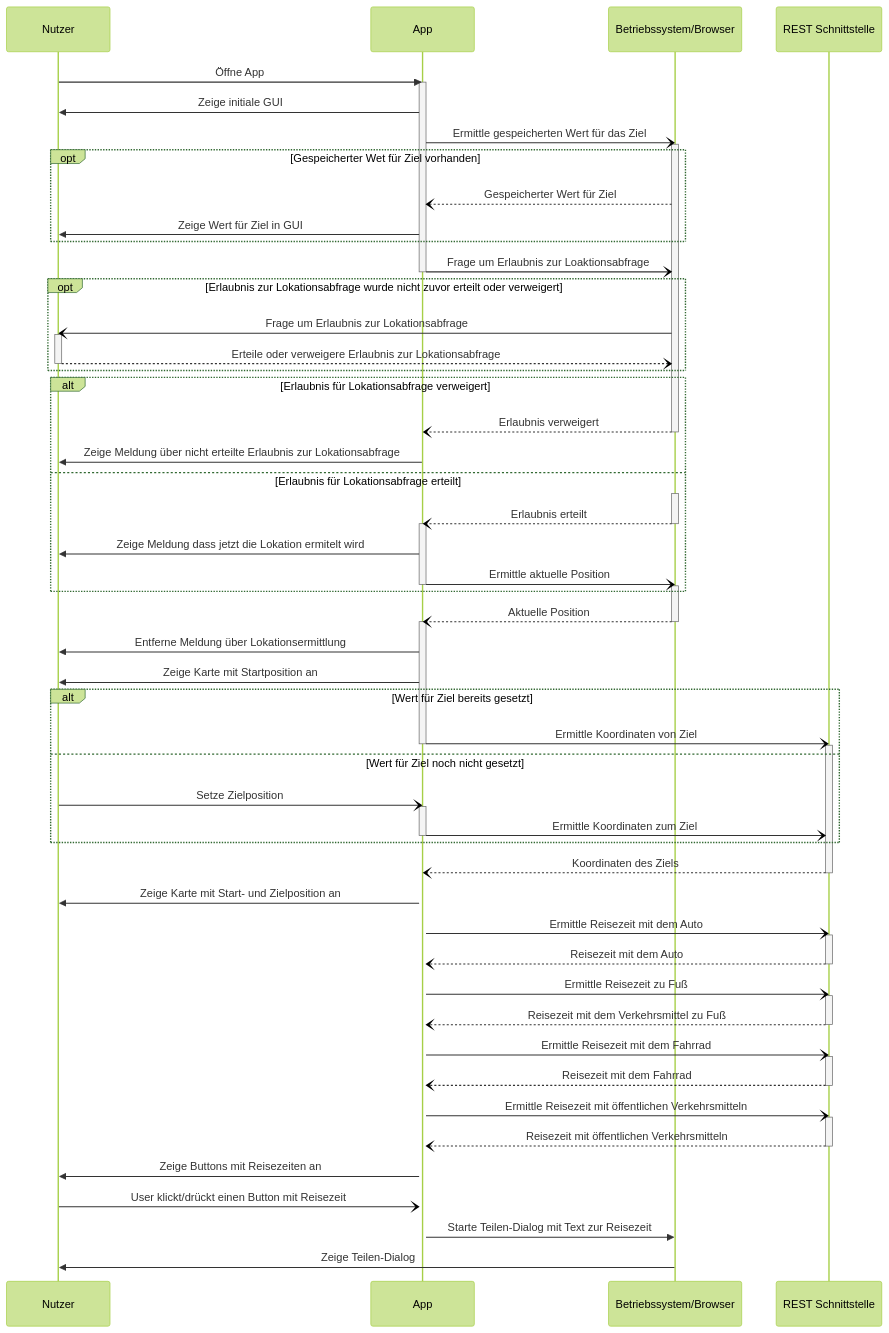
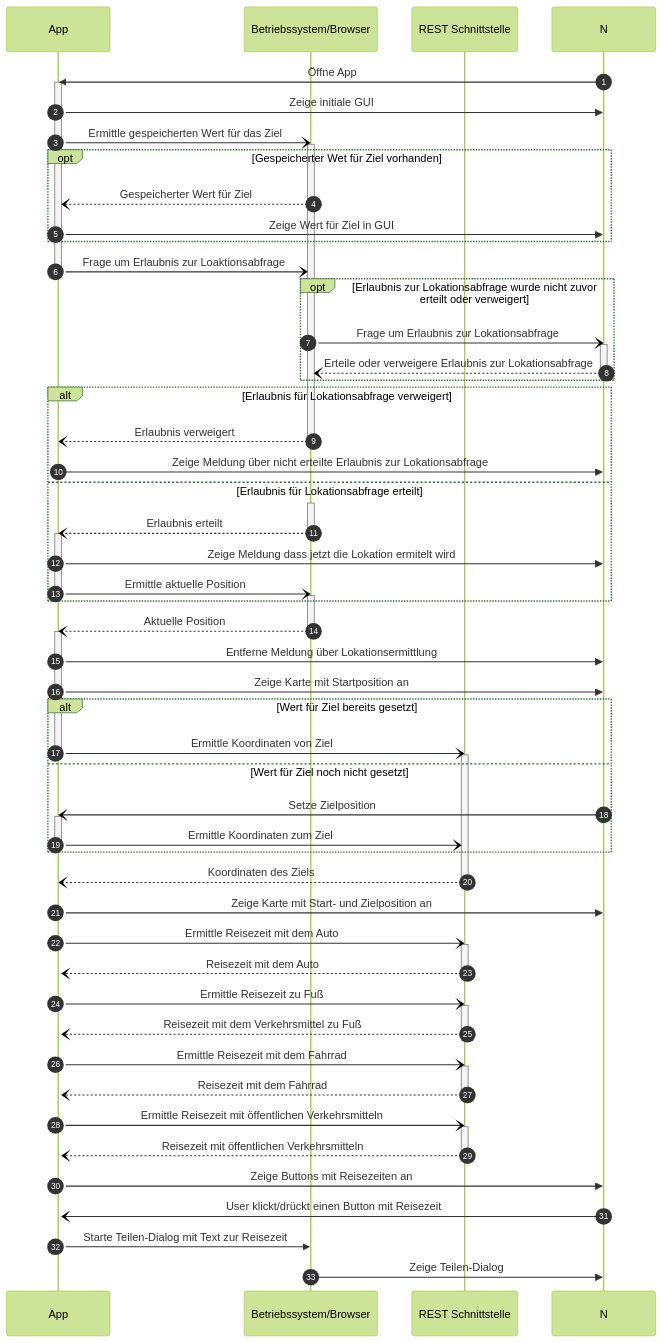
Before and after one commit to BeneKenobi/take-me-home: the diagram in docs/prozess_detailliert.mmd, drawn with Mermaid (forest theme).

Commit message:
docs: 📝 use numbering in prozess_detailliert

```diff
--- a/docs/prozess_detailliert.mmd
+++ b/docs/prozess_detailliert.mmd
@@ -1,75 +1,75 @@
 sequenceDiagram
-    participant N as Nutzer
+    autonumber
     participant A as App
     participant B as Betriebssystem/Browser
     participant W as REST Schnittstelle
     N->>A:Öffne App
     activate A
     A->>N:Zeige initiale GUI
     A-)B:Ermittle gespeicherten Wert für das Ziel
     activate B
     opt Gespeicherter Wet für Ziel vorhanden
         B--)A:Gespeicherter Wert für Ziel
         A->>N:Zeige Wert für Ziel in GUI
     end
     A-)B:Frage um Erlaubnis zur Loaktionsabfrage
     deactivate A
     opt Erlaubnis zur Lokationsabfrage wurde nicht zuvor erteilt oder verweigert
         B-)N:Frage um Erlaubnis zur Lokationsabfrage
         activate N
         N--)B:Erteile oder verweigere Erlaubnis zur Lokationsabfrage
         deactivate N
     end
     alt Erlaubnis für Lokationsabfrage verweigert
         B--)A:Erlaubnis verweigert
         deactivate B
         A->>N:Zeige Meldung über nicht erteilte Erlaubnis zur Lokationsabfrage 
     else Erlaubnis für Lokationsabfrage erteilt
         activate B
         B--)A:Erlaubnis erteilt
         deactivate B
         activate A
         A->>N:Zeige Meldung dass jetzt die Lokation ermitelt wird
         A-)B:Ermittle aktuelle Position
         deactivate A
         activate B
     end
     B--)A:Aktuelle Position
     deactivate B
     activate A
     A->>N:Entferne Meldung über Lokationsermittlung
     A->>N:Zeige Karte mit Startposition an
     alt Wert für Ziel bereits gesetzt
         A-)W:Ermittle Koordinaten von Ziel
         deactivate A
         activate W
     else Wert für Ziel noch nicht gesetzt 
         N-)A:Setze Zielposition
         activate A
         A-)W:Ermittle Koordinaten zum Ziel
         deactivate A
     end
     W--)A:Koordinaten des Ziels
     deactivate W
     activate A
     A->>N:Zeige Karte mit Start- und Zielposition an
     A-)W:Ermittle Reisezeit mit dem Auto
     activate W
     W--)A:Reisezeit mit dem Auto
     deactivate W
     A-)W:Ermittle Reisezeit zu Fuß
     activate W
     W--)A:Reisezeit mit dem Verkehrsmittel zu Fuß
     deactivate W
     A-)W:Ermittle Reisezeit mit dem Fahrrad
     activate W
     W--)A:Reisezeit mit dem Fahrrad
     deactivate W
     A-)W:Ermittle Reisezeit mit öffentlichen Verkehrsmitteln
     activate W
     W--)A:Reisezeit mit öffentlichen Verkehrsmitteln
     deactivate W
     A->>N:Zeige Buttons mit Reisezeiten an
     N-)A:User klickt/drückt einen Button mit Reisezeit
     A->>B:Starte Teilen-Dialog mit Text zur Reisezeit
     B->>N:Zeige Teilen-Dialog
```
